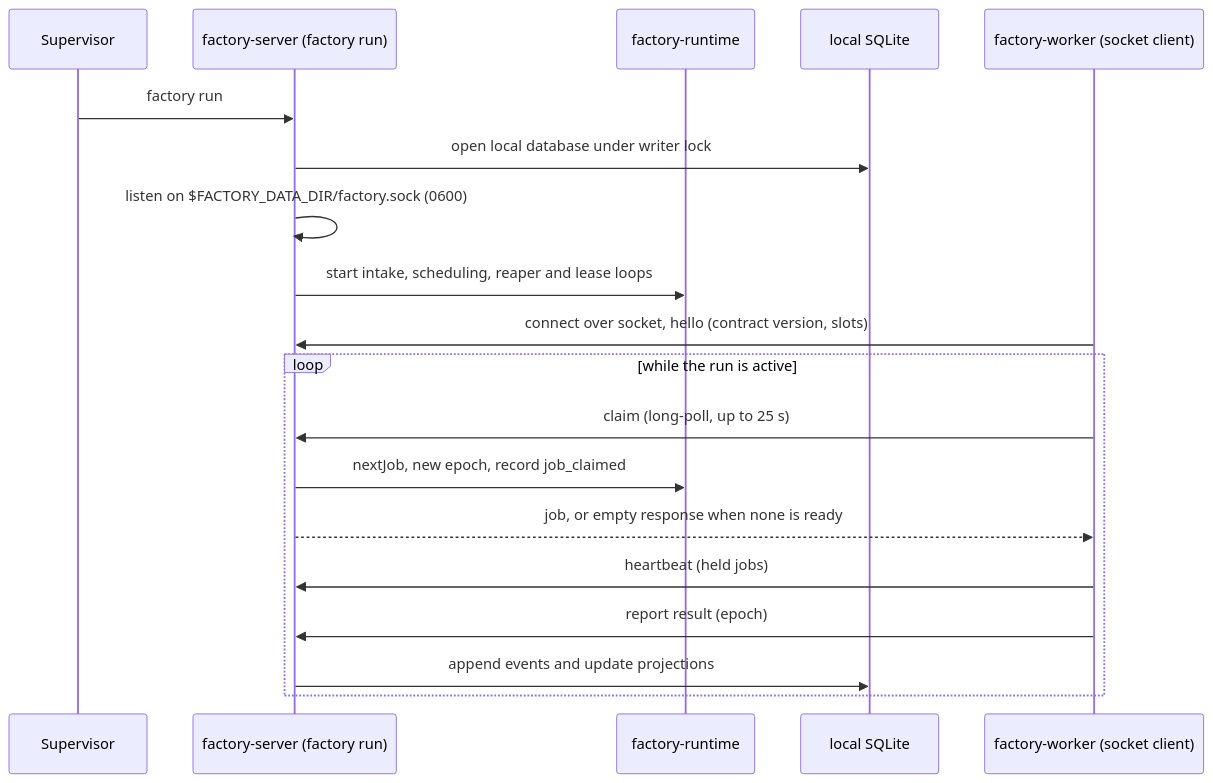
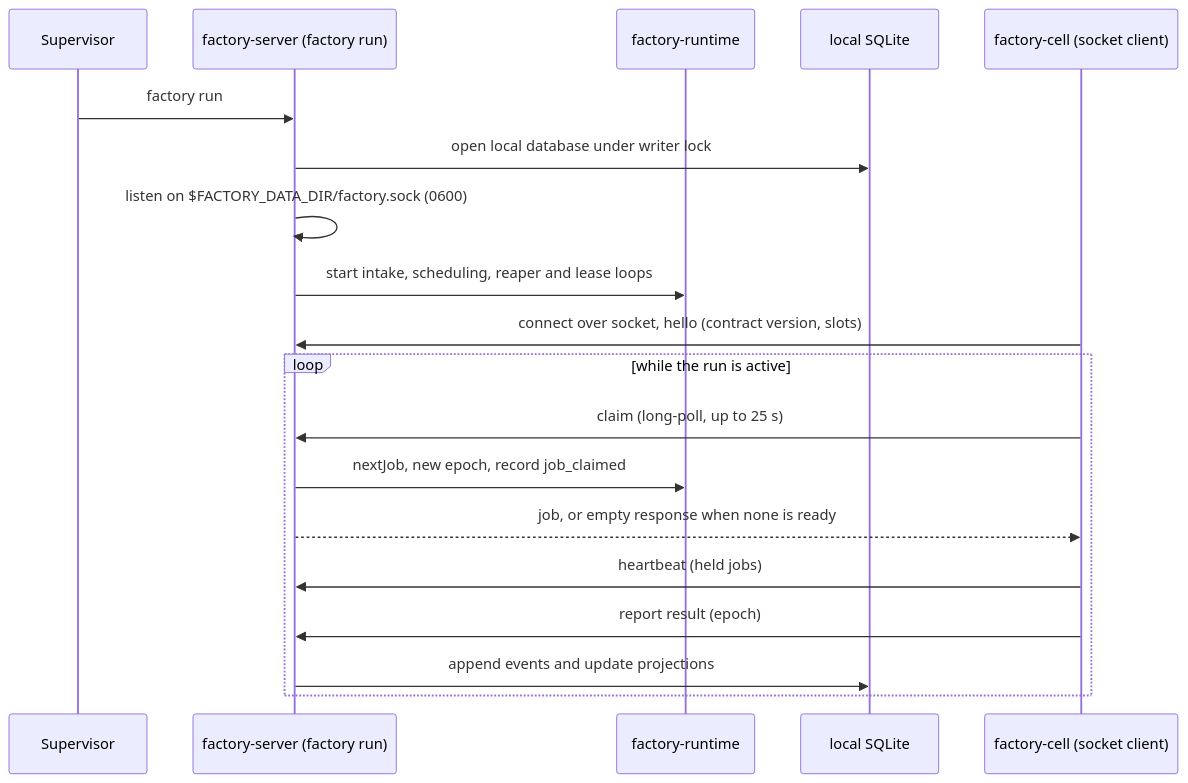
Before and after one commit to xyashino/software-factory: the third of 8 diagrams in docs/PLAN.md, drawn with Mermaid. The commit also changed other lines of this file and 10 other files, not shown here.

First line of the commit message:
docs(factory): define Mechanic triage and Cell terminology

````diff
--- a/docs/PLAN.md
+++ b/docs/PLAN.md
@@ -145,21 +145,21 @@
 ```mermaid
 sequenceDiagram
   participant U as Supervisor
   participant S as factory-server (factory run)
   participant R as factory-runtime
   participant D as local SQLite
-  participant C as factory-worker (socket client)
+  participant C as factory-cell (socket client)
   U->>S: factory run
   S->>D: open local database under writer lock
   S->>S: listen on $FACTORY_DATA_DIR/factory.sock (0600)
   S->>R: start intake, scheduling, reaper and lease loops
   C->>S: connect over socket, hello (contract version, slots)
   loop while the run is active
     C->>S: claim (long-poll, up to 25 s)
     S->>R: nextJob, new epoch, record job_claimed
     S-->>C: job, or empty response when none is ready
     C->>S: heartbeat (held jobs)
     C->>S: report result (epoch)
     S->>D: append events and update projections
   end
 ```
````
